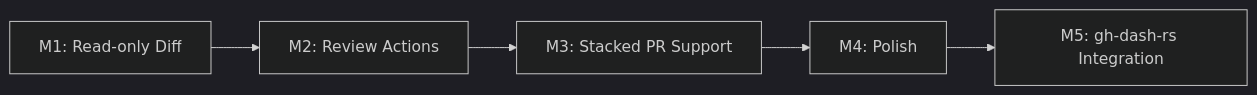
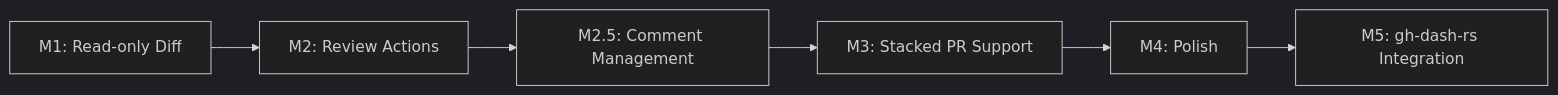
One commit to Neville-Loh/gh-review changed the first of 8 diagrams in docs/ROADMAP.md. Above: the diagram before and after it, drawn with Mermaid (dark theme). The commit also changed other lines of this file, not shown here.

Commit message:
Add to roadmap plan

````diff
--- a/docs/ROADMAP.md
+++ b/docs/ROADMAP.md
@@ -5,7 +5,8 @@
 ```mermaid
 graph LR
     M1["M1: Read-only Diff"] --> M2["M2: Review Actions"]
-    M2 --> M3["M3: Stacked PR Support"]
+    M2 --> M25["M2.5: Comment Management"]
+    M25 --> M3["M3: Stacked PR Support"]
     M3 --> M4["M4: Polish"]
     M4 --> M5["M5: gh-dash-rs Integration"]
 ```
````
